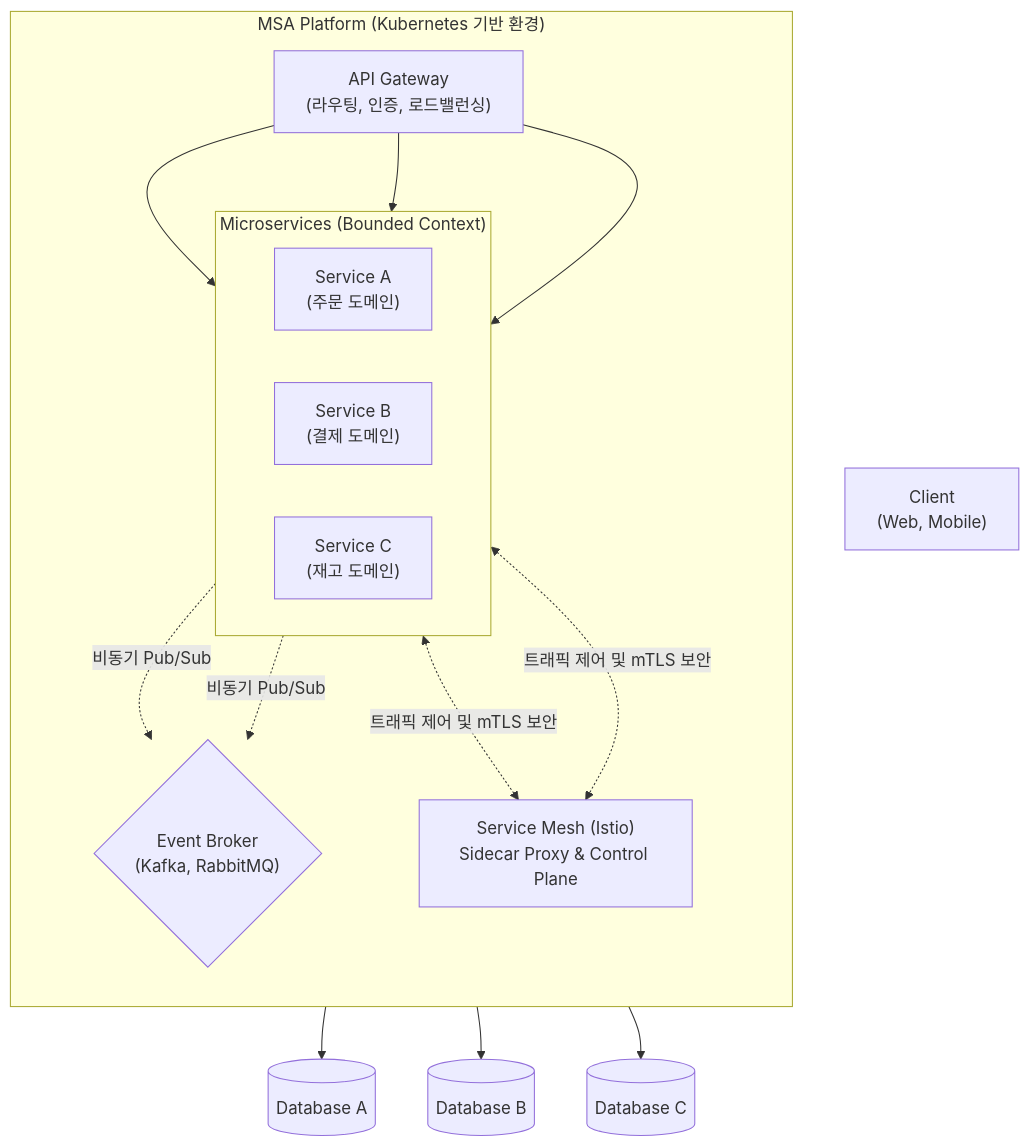
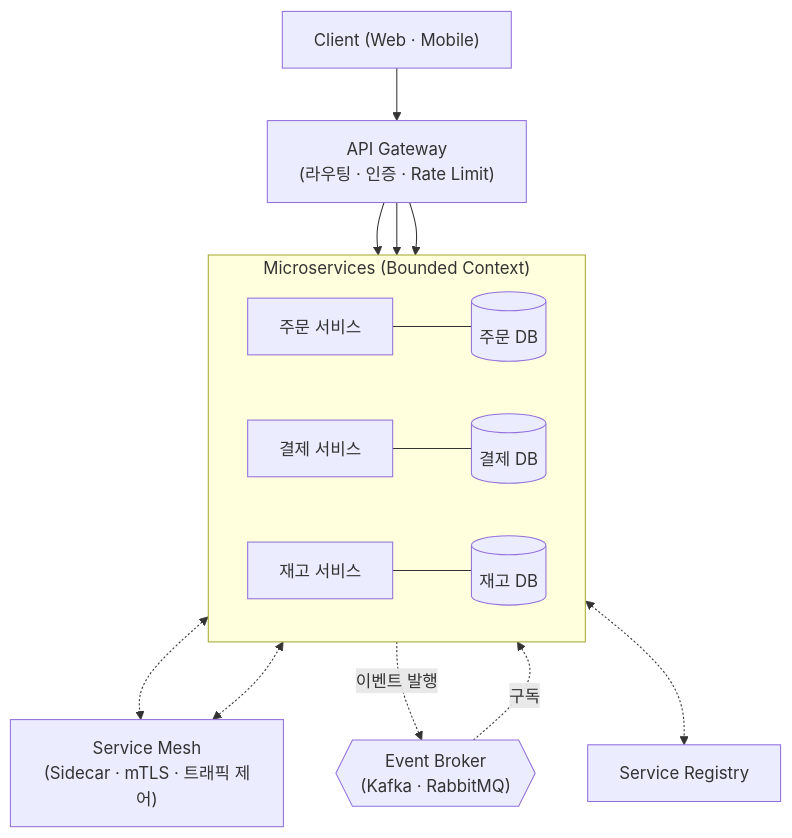
The diagram in content/01_IT Tech/MSA (Micro Service Architecture).md (supremethumb/supremethumb.github.io), drawn with Mermaid before and after one commit. The commit also changed other lines of this file and 1087 other files, not shown here.

````diff
--- a/content/01_IT Tech/MSA (Micro Service Architecture).md
+++ b/content/01_IT Tech/MSA (Micro Service Architecture).md
@@ -28,39 +37,19 @@
 ```mermaid
 flowchart TB
-    Client["Client<br/>(Web, Mobile)"]
-    
-    subgraph "MSA Platform (Kubernetes 기반 환경)"
-        direction TB
-        APIGW["API Gateway<br/>(라우팅, 인증, 로드밸런싱)"]
-        
-        subgraph "Microservices (Bounded Context)"
-            direction LR
-            SvcA["Service A<br/>(주문 도메인)"]
-            SvcB["Service B<br/>(결제 도메인)"]
-            SvcC["Service C<br/>(재고 도메인)"]
-        end
-        
-        Broker{"Event Broker<br/>(Kafka, RabbitMQ)"}
-        Mesh["Service Mesh (Istio)<br/>Sidecar Proxy & Control Plane"]
-        
-        APIGW --> SvcA
-        APIGW --> SvcB
-        APIGW --> SvcC
-        
-        SvcA -. "비동기 Pub/Sub" .-> Broker
-        SvcC -. "비동기 Pub/Sub" .-> Broker
-        
-        SvcA <-. "트래픽 제어 및 mTLS 보안" .-> Mesh
-        SvcB <-. "트래픽 제어 및 mTLS 보안" .-> Mesh
+    Client["Client (Web · Mobile)"] --> GW["API Gateway<br/>(라우팅 · 인증 · Rate Limit)"]
+    Registry["Service Registry"]
+    subgraph Services["Microservices (Bounded Context)"]
+        direction LR
+        A["주문 서비스"] --- DBA[("주문 DB")]
+        B["결제 서비스"] --- DBB[("결제 DB")]
+        C["재고 서비스"] --- DBC[("재고 DB")]
     end
-    
-    DB_A[("Database A")]
-    DB_B[("Database B")]
-    DB_C[("Database C")]
-    
-    SvcA --> DB_A
-    SvcB --> DB_B
-    SvcC --> DB_C
-
-
+    Mesh["Service Mesh<br/>(Sidecar · mTLS · 트래픽 제어)"]
+    Broker{{"Event Broker<br/>(Kafka · RabbitMQ)"}}
+    GW --> A
+    GW --> B
+    GW --> C
+    A <-.-> Mesh <-.-> B
+    A -. "이벤트 발행" .-> Broker -. "구독" .-> C
+    A <-.-> Registry
 ```
````
